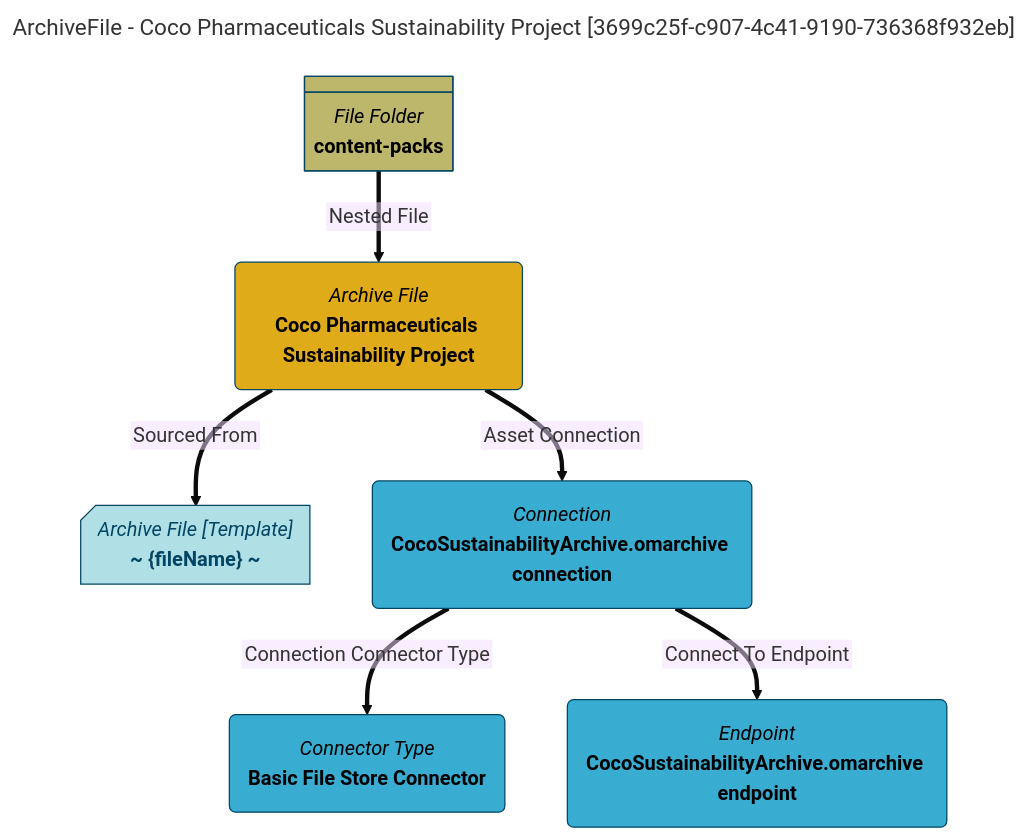
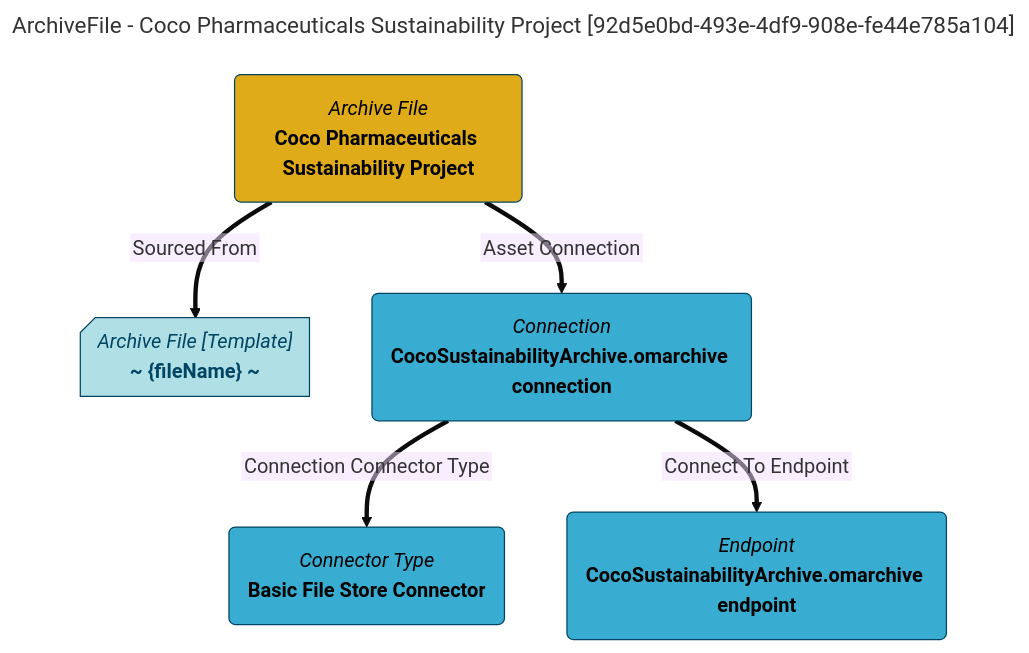
The diagram in site/snippets/data-assets/coco-pharmaceuticals-sustainability-project-mermaid-graph.md (odpi/egeria-docs), drawn with Mermaid (base theme) before and after one commit. The commit also changed 2201 other files, not shown here.

````diff
--- a/site/snippets/data-assets/coco-pharmaceuticals-sustainability-project-mermaid-graph.md
+++ b/site/snippets/data-assets/coco-pharmaceuticals-sustainability-project-mermaid-graph.md
@@ -1,31 +1,27 @@
 ```mermaid
 ---
-title: ArchiveFile - Coco Pharmaceuticals Sustainability Project [3699c25f-c907-4c41-9190-736368f932eb]
+title: ArchiveFile - Coco Pharmaceuticals Sustainability Project [92d5e0bd-493e-4df9-908e-fe44e785a104]
 ---
 flowchart TD
 %%{init: {"flowchart": {"htmlLabels": false}} }%%
 
 1@{ shape: rounded, label: "*Archive File*
 **Coco Pharmaceuticals Sustainability Project**"}
 2@{ shape: card, label: "*Archive File [Template]*
 **~ {fileName} ~**"}
 1==>|"Sourced From"|2
 3@{ shape: rounded, label: "*Connection*
 **CocoSustainabilityArchive.omarchive connection**"}
 1==>|"Asset Connection"|3
 4@{ shape: rounded, label: "*Connector Type*
 **Basic File Store Connector**"}
 3==>|"Connection Connector Type"|4
 5@{ shape: rounded, label: "*Endpoint*
 **CocoSustainabilityArchive.omarchive endpoint**"}
 3==>|"Connect To Endpoint"|5
-6@{ shape: div-rect, label: "*File Folder*
-**content-packs**"}
-6==>|"Nested File"|1
 style 1 color:#000000, fill:#e0ab18, stroke:#004563
 style 2 color:#004563, fill:#b0e0e6, stroke:#004563
 style 3 color:#000000, fill:#39add1, stroke:#004563
 style 4 color:#000000, fill:#39add1, stroke:#004563
 style 5 color:#000000, fill:#39add1, stroke:#004563
-style 6 color:#000000, fill:#bdb76b, stroke:#004563
 ```
````
